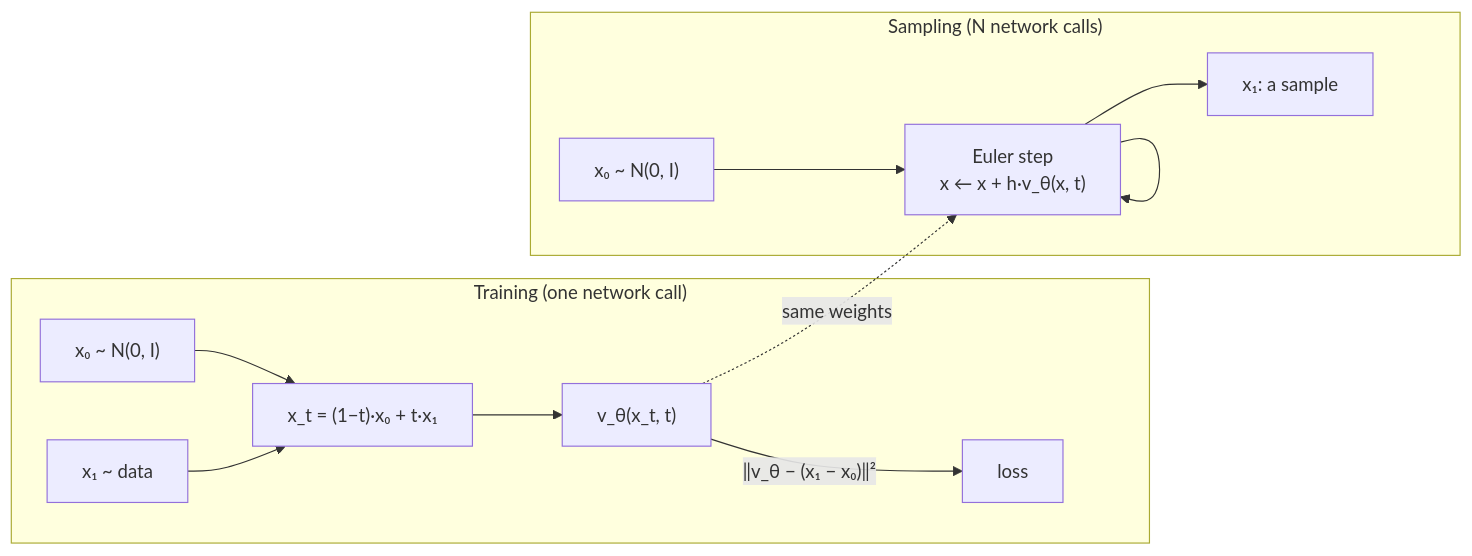
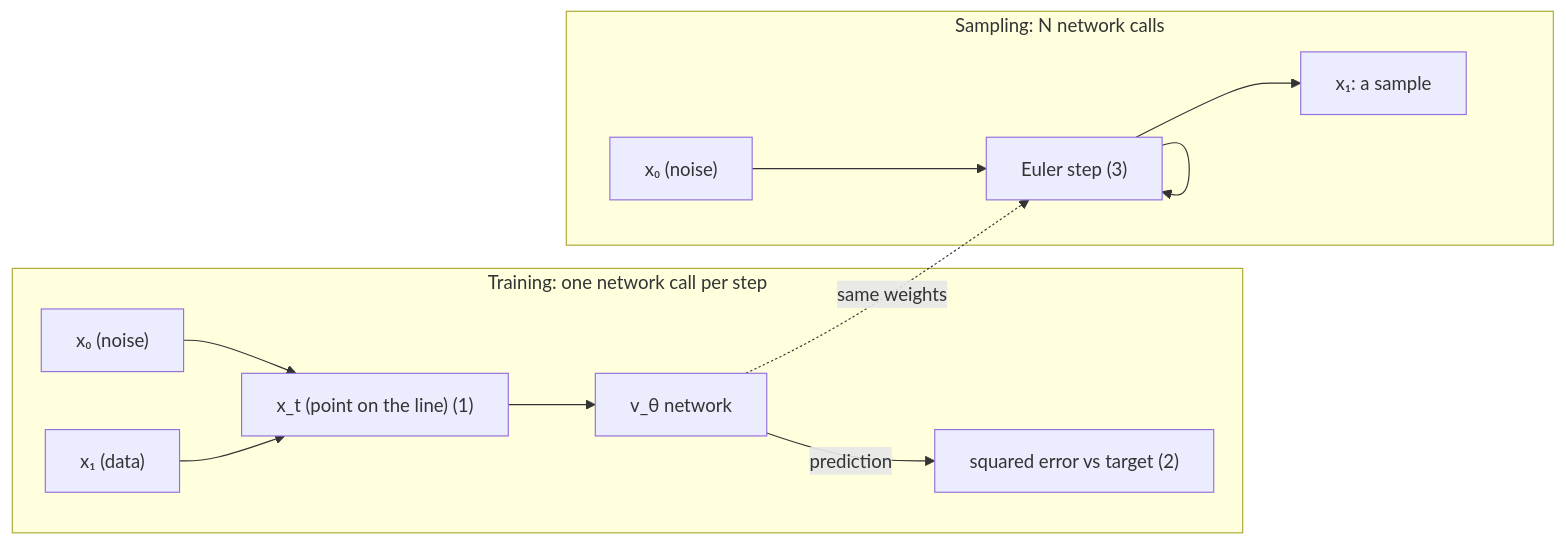
The diagram in explainer/references/mermaid.md (Yaxin9Luo/explainer-skill), drawn with Mermaid before and after one commit. The commit also changed other lines of this file and 4 other files, not shown here.

````diff
--- a/explainer/references/mermaid.md
+++ b/explainer/references/mermaid.md
@@ -40,14 +42,14 @@
 ```mermaid
 flowchart LR
-  subgraph Training["Training (one network call)"]
-    x0["x₀ ~ N(0, I)"] --> xt["x_t = (1−t)·x₀ + t·x₁"]
-    x1["x₁ ~ data"] --> xt
-    xt --> v["v_θ(x_t, t)"]
-    v -- "‖v_θ − (x₁ − x₀)‖²" --> L["loss"]
+  subgraph Training["Training: one network call per step"]
+    x0["x₀ (noise)"] --> xt["x_t (point on the line) (1)"]
+    x1["x₁ (data)"] --> xt
+    xt --> v["v_θ network"]
+    v -- "prediction" --> L["squared error vs target (2)"]
   end
-  subgraph Sampling["Sampling (N network calls)"]
-    z["x₀ ~ N(0, I)"] --> e["Euler step\nx ← x + h·v_θ(x, t)"] --> e
+  subgraph Sampling["Sampling: N network calls"]
+    z["x₀ (noise)"] --> e["Euler step (3)"] --> e
     e --> out["x₁: a sample"]
   end
   v -. "same weights" .-> e
 ```
````
